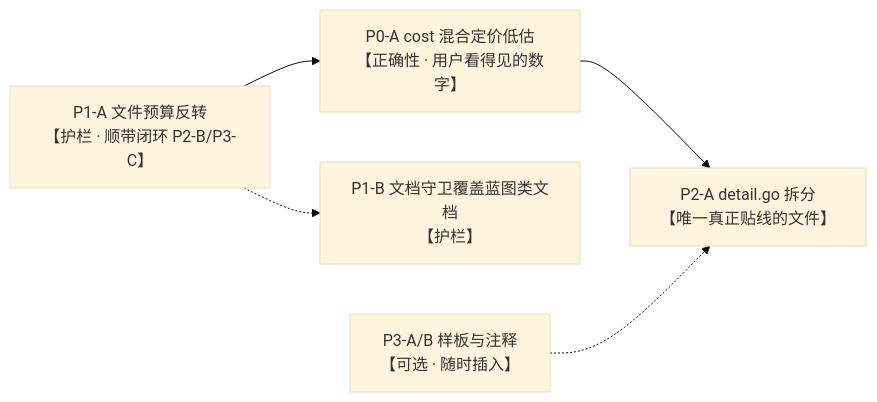
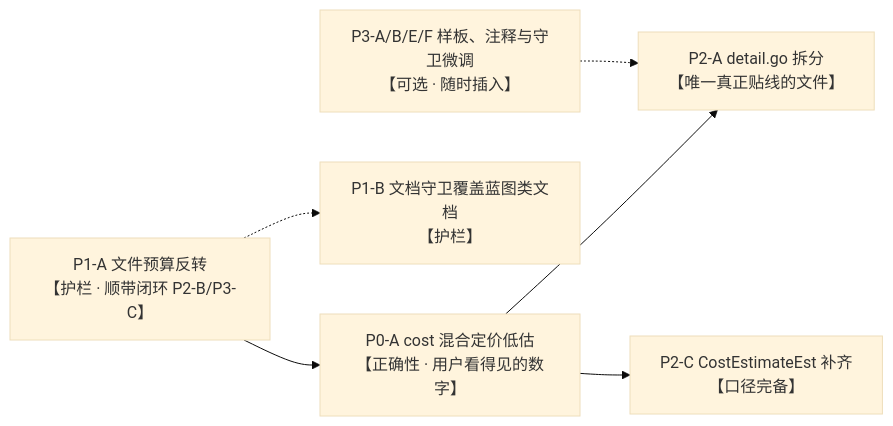
One commit to bigfatsea/vmr changed the sixth of 6 diagrams in docs/VMR_Comprehensive_Architecture_Review_and_Refactoring_gemini-3.7-flash-v2.md. Above: the diagram before and after it, drawn with Mermaid (base theme). The commit also changed other lines of this file and 29 other files, not shown here.

````diff
--- a/docs/VMR_Comprehensive_Architecture_Review_and_Refactoring_gemini-3.7-flash-v2.md
+++ b/docs/VMR_Comprehensive_Architecture_Review_and_Refactoring_gemini-3.7-flash-v2.md
@@ -1296,11 +1340,13 @@
 ```mermaid
 graph LR
     P1A["P1-A 文件预算反转<br/>【护栏 · 顺带闭环 P2-B/P3-C】"]
     P0A["P0-A cost 混合定价低估<br/>【正确性 · 用户看得见的数字】"]
     P1B["P1-B 文档守卫覆盖蓝图类文档<br/>【护栏】"]
     P2A["P2-A detail.go 拆分<br/>【唯一真正贴线的文件】"]
-    P3["P3-A/B 样板与注释<br/>【可选 · 随时插入】"]
+    P2C["P2-C CostEstimateEst 补齐<br/>【口径完备】"]
+    P3["P3-A/B/E/F 样板、注释与守卫微调<br/>【可选 · 随时插入】"]
     P1A --> P0A --> P2A
+    P0A --> P2C
     P1A -.-> P1B
     P3 -.-> P2A
 ```
````
